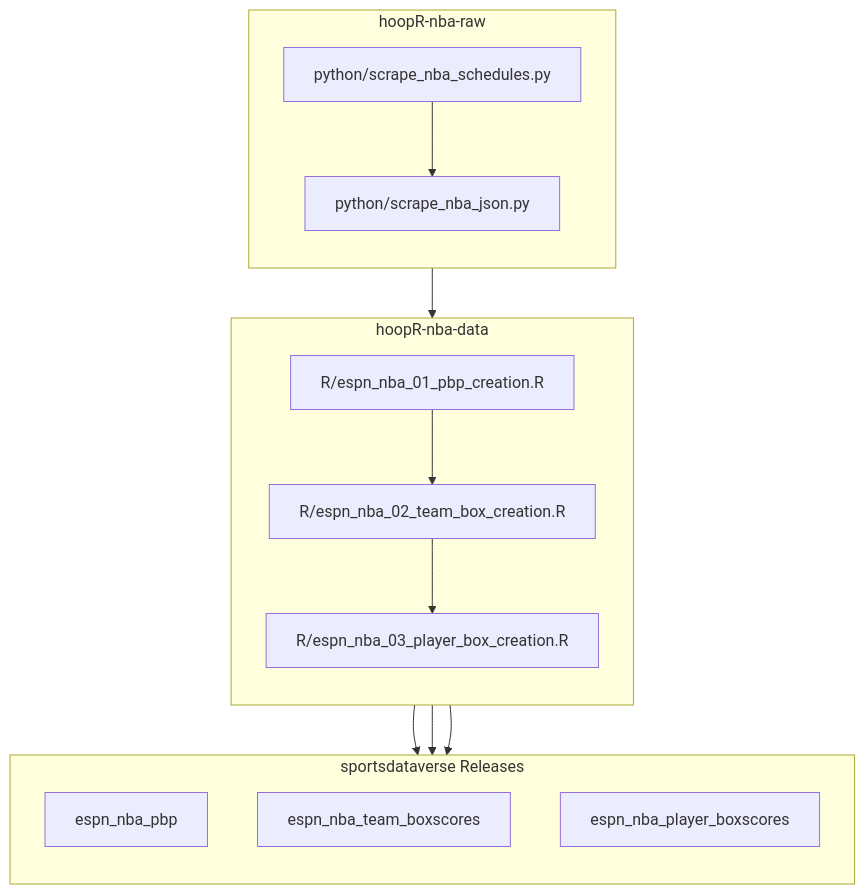
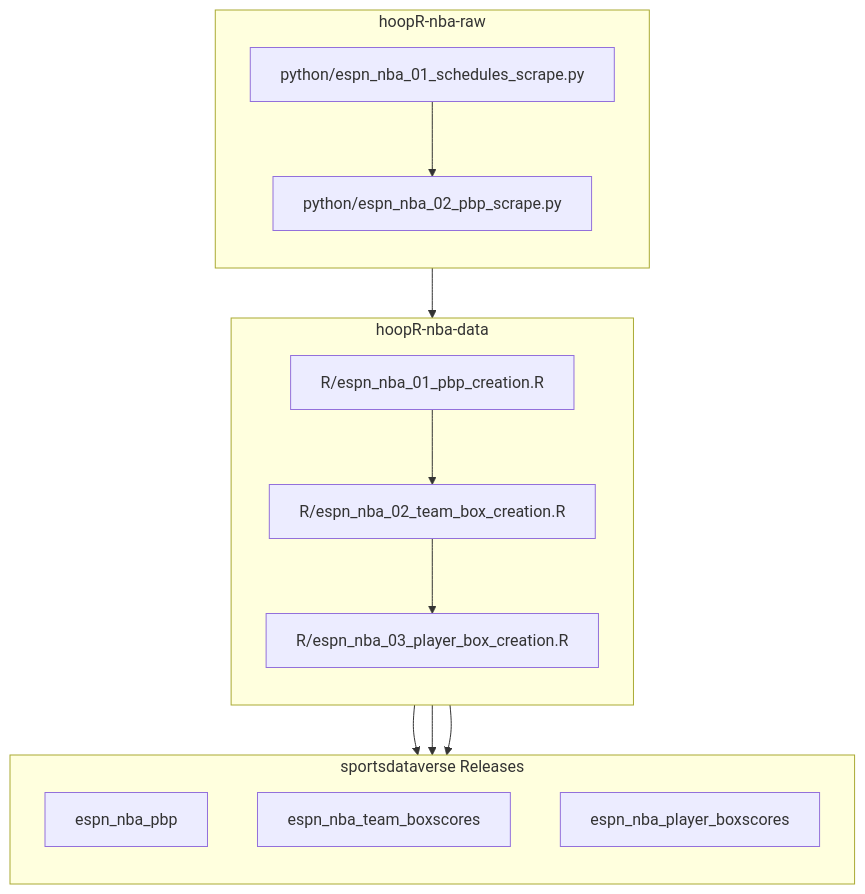
One commit to sportsdataverse/hoopR-nba-raw changed the second of 2 diagrams in README.md. Above: the diagram before and after it, drawn with Mermaid. The commit also changed other lines of this file and 12 other files, not shown here.

````diff
--- a/README.md
+++ b/README.md
@@ -14,26 +14,26 @@
 ```mermaid
 flowchart TB;
     subgraph A[hoopR-nba-raw];
         direction TB;
-        A1[python/scrape_nba_schedules.py]-->A2[python/scrape_nba_json.py];
+        A1[python/espn_nba_01_schedules_scrape.py]-->A2[python/espn_nba_02_pbp_scrape.py];
     end;
 
     subgraph B[hoopR-nba-data];
         direction TB;
         B1[R/espn_nba_01_pbp_creation.R]-->B2[R/espn_nba_02_team_box_creation.R];
         B2[R/espn_nba_02_team_box_creation.R]-->B3[R/espn_nba_03_player_box_creation.R];
     end;
 
     subgraph C[sportsdataverse Releases];
         direction TB;
         C1[espn_nba_pbp];
         C2[espn_nba_team_boxscores];
         C3[espn_nba_player_boxscores];
     end;
 
     A-->B;
     B-->C1;
     B-->C2;
     B-->C3;
 
 ```
````
